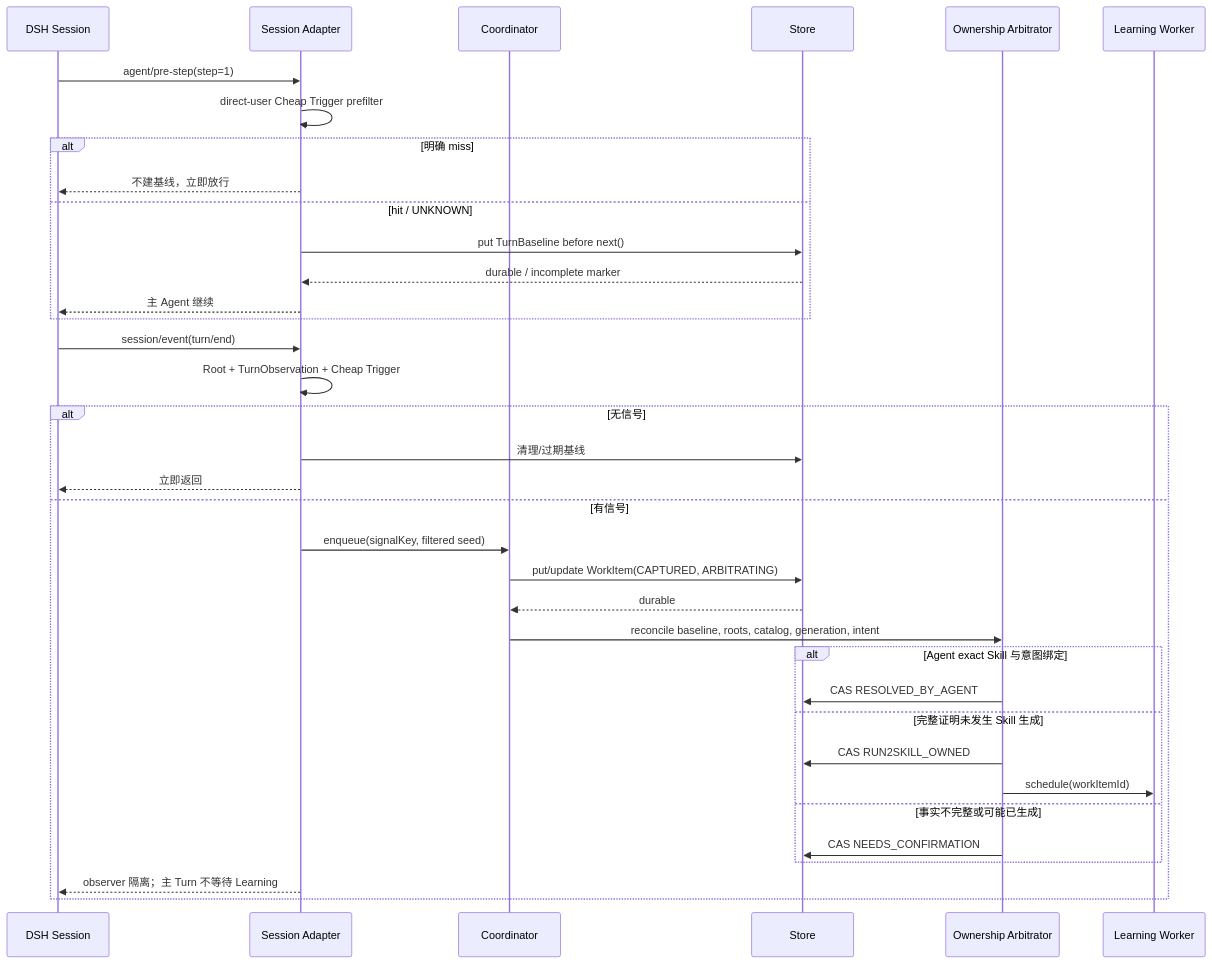
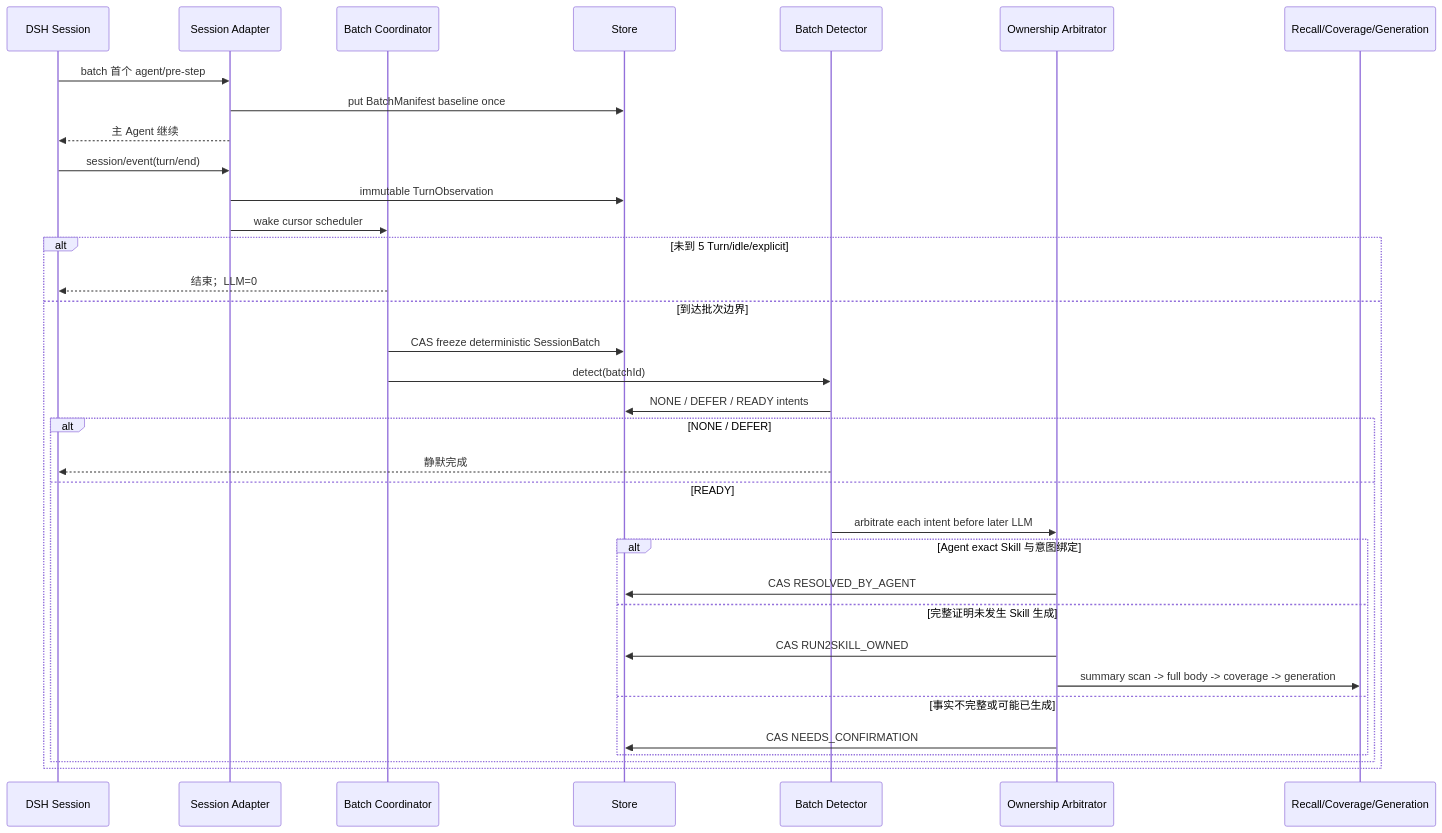
Before and after one commit to qkycir-123/dsh-run2skill: the second of 3 diagrams in docs/architecture/baseline.md, drawn with Mermaid. The commit also changed other lines of this file and 4 other files, not shown here.

````diff
--- a/docs/architecture/baseline.md
+++ b/docs/architecture/baseline.md
@@ -325,39 +322,37 @@
 ```mermaid
 sequenceDiagram
     participant S as DSH Session
     participant O as Session Adapter
-    participant C as Coordinator
+    participant C as Batch Coordinator
     participant R as Store
+    participant D as Batch Detector
     participant A as Ownership Arbitrator
-    participant L as Learning Worker
+    participant L as Recall/Coverage/Generation
 
-    S->>O: agent/pre-step(step=1)
-    O->>O: direct-user Cheap Trigger prefilter
-    alt 明确 miss
-        O-->>S: 不建基线，立即放行
-    else hit / UNKNOWN
-        O->>R: put TurnBaseline before next()
-        R-->>O: durable / incomplete marker
-        O-->>S: 主 Agent 继续
-    end
+    S->>O: batch 首个 agent/pre-step
+    O->>R: put BatchManifest baseline once
+    O-->>S: 主 Agent 继续
     S->>O: session/event(turn/end)
-    O->>O: Root + TurnObservation + Cheap Trigger
-    alt 无信号
-        O->>R: 清理/过期基线
-        O-->>S: 立即返回
-    else 有信号
-        O->>C: enqueue(signalKey, filtered seed)
-        C->>R: put/update WorkItem(CAPTURED, ARBITRATING)
-        R-->>C: durable
-        C->>A: reconcile baseline, roots, catalog, generation, intent
+    O->>R: immutable TurnObservation
+    O->>C: wake cursor scheduler
+    alt 未到 5 Turn/idle/explicit
+        C-->>S: 结束；LLM=0
+    else 到达批次边界
+        C->>R: CAS freeze deterministic SessionBatch
+        C->>D: detect(batchId)
+        D->>R: NONE / DEFER / READY intents
+        alt NONE / DEFER
+            D-->>S: 静默完成
+        else READY
+        D->>A: arbitrate each intent before later LLM
         alt Agent exact Skill 与意图绑定
             A->>R: CAS RESOLVED_BY_AGENT
         else 完整证明未发生 Skill 生成
             A->>R: CAS RUN2SKILL_OWNED
-            A->>L: schedule(workItemId)
+            A->>L: summary scan -> full body -> coverage -> generation
         else 事实不完整或可能已生成
             A->>R: CAS NEEDS_CONFIRMATION
         end
-        O-->>S: observer 隔离；主 Turn 不等待 Learning
+        end
     end
 ```
````
